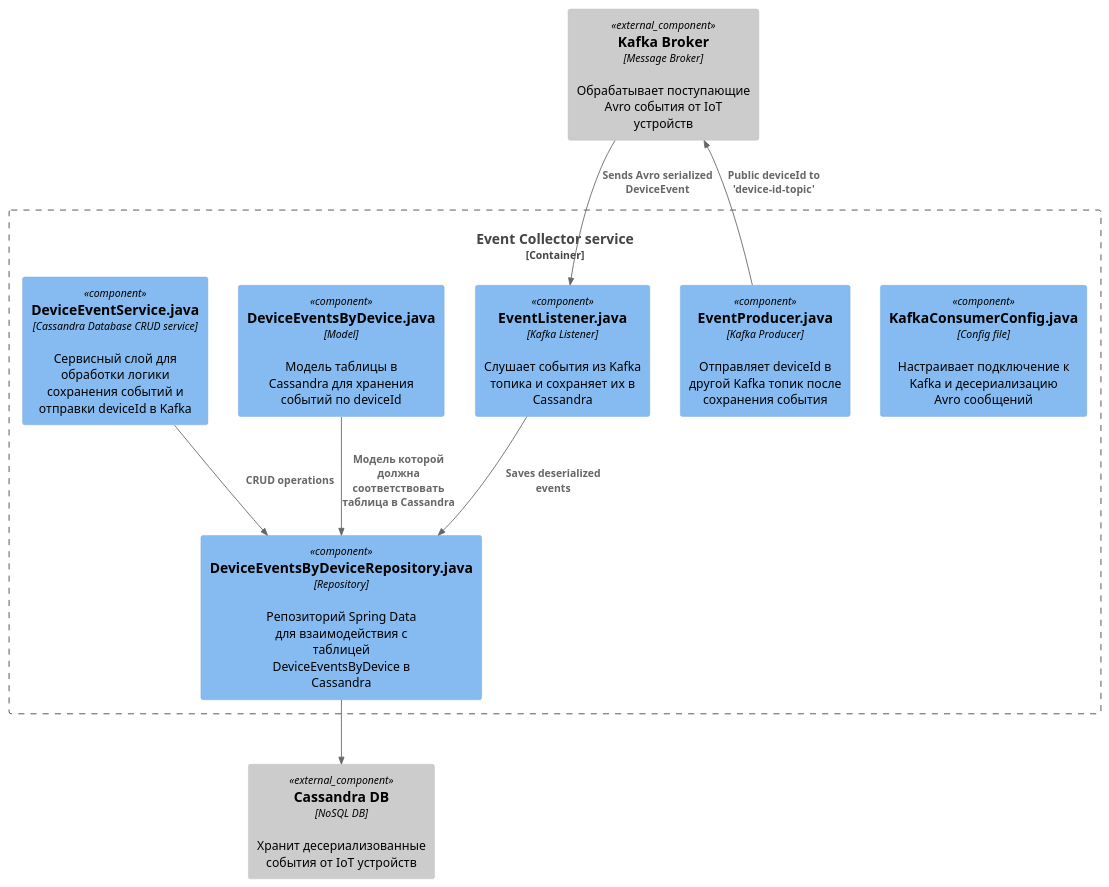
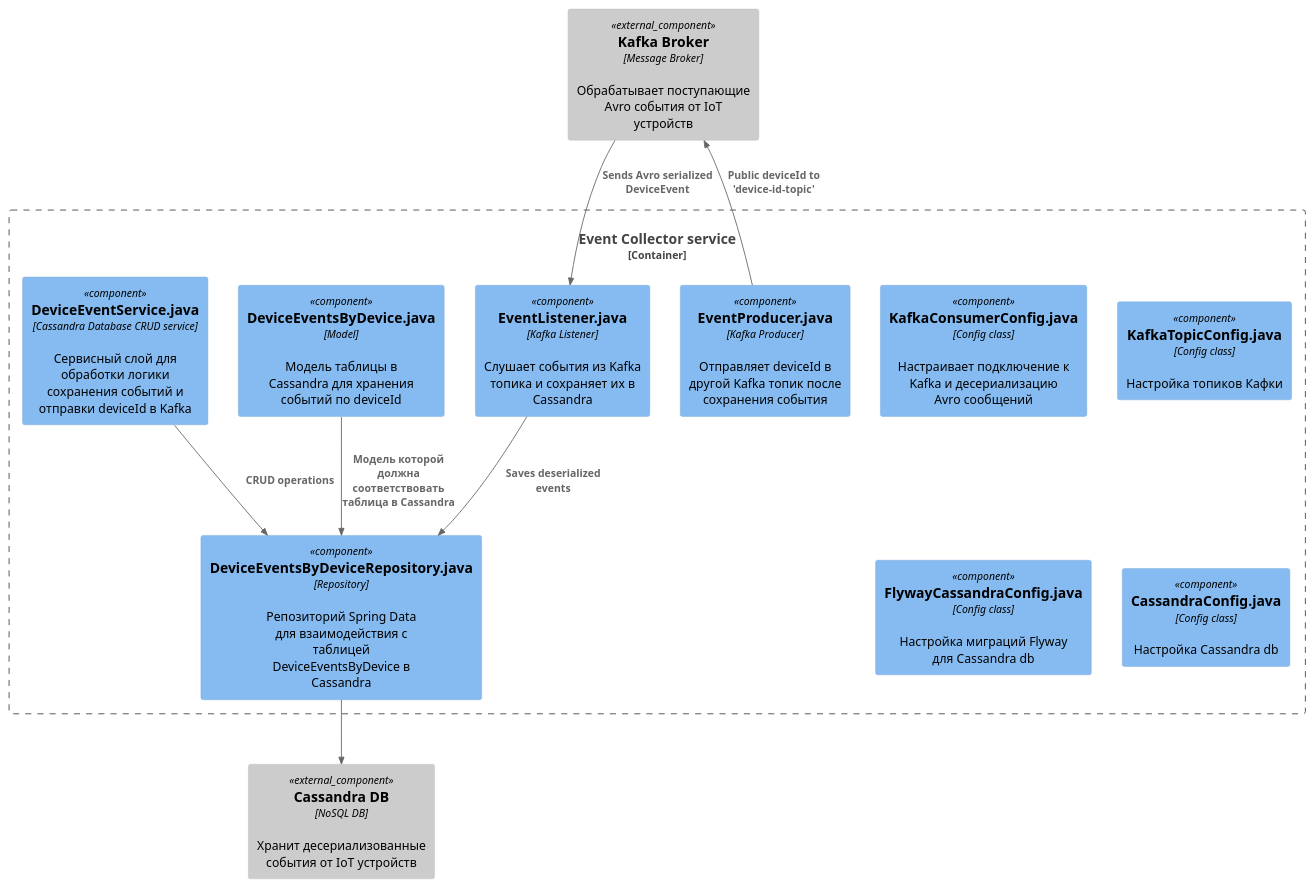
Before and after one commit to Ussopmm/iot-platform: the diagram in diagrams/ecs_component.puml, drawn with PlantUML. The commit also changed 36 other files, not shown here.

```diff
--- a/diagrams/ecs_component.puml
+++ b/diagrams/ecs_component.puml
@@ -1,24 +1,28 @@
 @startuml
 !include https://raw.githubusercontent.com/plantuml-stdlib/C4-PlantUML/master/C4_Component.puml
 
 Container_Boundary(c1, "Event Collector service") {
-    Component(kafka_consumer_config, "KafkaConsumerConfig.java", "Config file", "Настраивает подключение к Kafka и десериализацию Avro сообщений")
+    Component(kafka_consumer_config, "KafkaConsumerConfig.java", "Config class", "Настраивает подключение к Kafka и десериализацию Avro сообщений")
+    Component(kafka_topic_config, "KafkaTopicConfig.java", "Config class", "Настройка топиков Кафки")
+    Component(flyway_cassandra_config, "FlywayCassandraConfig.java", "Config class", "Настройка миграций Flyway для Cassandra db")
+    Component(cassandra_config, "CassandraConfig.java", "Config class", "Настройка Cassandra db")
+
     Component(event_producer, "EventProducer.java", "Kafka Producer", "Отправляет deviceId в другой Kafka топик после сохранения события")
     Component(event_listener, "EventListener.java", "Kafka Listener", "Слушает события из Kafka топика и сохраняет их в Cassandra")
     Component(device_events_by_device, "DeviceEventsByDevice.java", "Model", "Модель таблицы в Cassandra для хранения событий по deviceId")
     Component(device_events_by_device_repository, "DeviceEventsByDeviceRepository.java", "Repository","Репозиторий Spring Data для взаимодействия с таблицей DeviceEventsByDevice в Cassandra")
     Component(device_events_service, "DeviceEventService.java", "Cassandra Database CRUD service","Сервисный слой для обработки логики сохранения событий и отправки deviceId в Kafka")
 }
 
 Component_Ext(cassandra_db, "Cassandra DB", "NoSQL DB", "Хранит десериализованные события от IoT устройств")
 Component_Ext(kafka_broker, "Kafka Broker", "Message Broker", "Обрабатывает поступающие Avro события от IoT устройств")
 
 Rel(kafka_broker, event_listener, "Sends Avro serialized DeviceEvent")
 Rel(event_producer, kafka_broker, "Public deviceId to 'device-id-topic'")
 Rel(device_events_by_device, device_events_by_device_repository, "Модель которой должна соответствовать таблица в Cassandra")
 Rel(device_events_service, device_events_by_device_repository, "CRUD operations")
 Rel(event_listener, device_events_by_device_repository, "Saves deserialized events")
 Rel(device_events_by_device_repository, cassandra_db, "")
 
 
 @enduml
```
